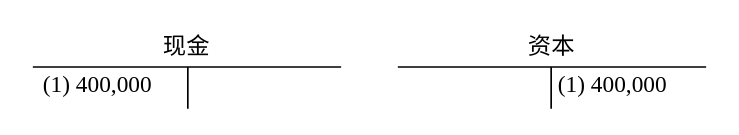
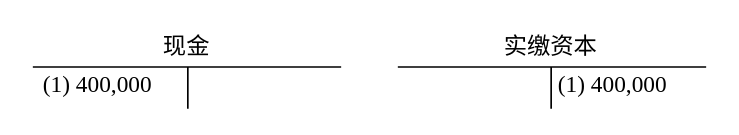
One commit to DreamAndDead/DreamAndDead.github.io changed the sixth of 12 diagrams in org/understand-account-in-beancount/index.org. Above: the diagram before and after it, drawn with Graphviz. The commit also changed other lines of this file and 15 other files, not shown here.

```diff
--- a/org/understand-account-in-beancount/index.org
+++ b/org/understand-account-in-beancount/index.org
@@ -232,31 +237,31 @@
-#+begin_src dot :file images/T.e.g.1.png
-digraph {
-	left[label=<
-	      <table border="0" cellspacing="4">
-	        <tr>
-		  <td border="0" colspan="2" bgcolor="white">现金</td>
-		</tr>
-		<hr/>
-	        <tr>
-		  <td border="0" bgcolor="white">(1) 400,000</td>
-		  <vr/>
-		  <td border="0" bgcolor="white">                  </td>
-		</tr>
-	      </table>
-	       >, shape=none]
+ #+begin_src dot :file images/T.e.g.1.png
+ digraph {
+	 left[label=<
+	       <table border="0" cellspacing="4">
+	         <tr>
+		   <td border="0" colspan="2" bgcolor="white">现金</td>
+		 </tr>
+		 <hr/>
+	         <tr>
+		   <td border="0" bgcolor="white">(1) 400,000</td>
+		   <vr/>
+		   <td border="0" bgcolor="white">                  </td>
+		 </tr>
+	       </table>
+		>, shape=none]
 
-	right[label=<
-	      <table border="0" cellspacing="4">
-	        <tr>
-		  <td border="0" colspan="2" bgcolor="white">资本</td>
-		</tr>
-		<hr/>
-	        <tr>
-		  <td border="0" bgcolor="white">                  </td>
-		  <vr/>
-		  <td border="0" bgcolor="white">(1) 400,000</td>
-		</tr>
-	      </table>
-	       >, shape=none]
-}
-#+end_src
+	 right[label=<
+	       <table border="0" cellspacing="4">
+	         <tr>
+		   <td border="0" colspan="2" bgcolor="white">实缴资本</td>
+		 </tr>
+		 <hr/>
+	         <tr>
+		   <td border="0" bgcolor="white">                  </td>
+		   <vr/>
+		   <td border="0" bgcolor="white">(1) 400,000</td>
+		 </tr>
+	       </table>
+		>, shape=none]
+ }
+ #+end_src
```
